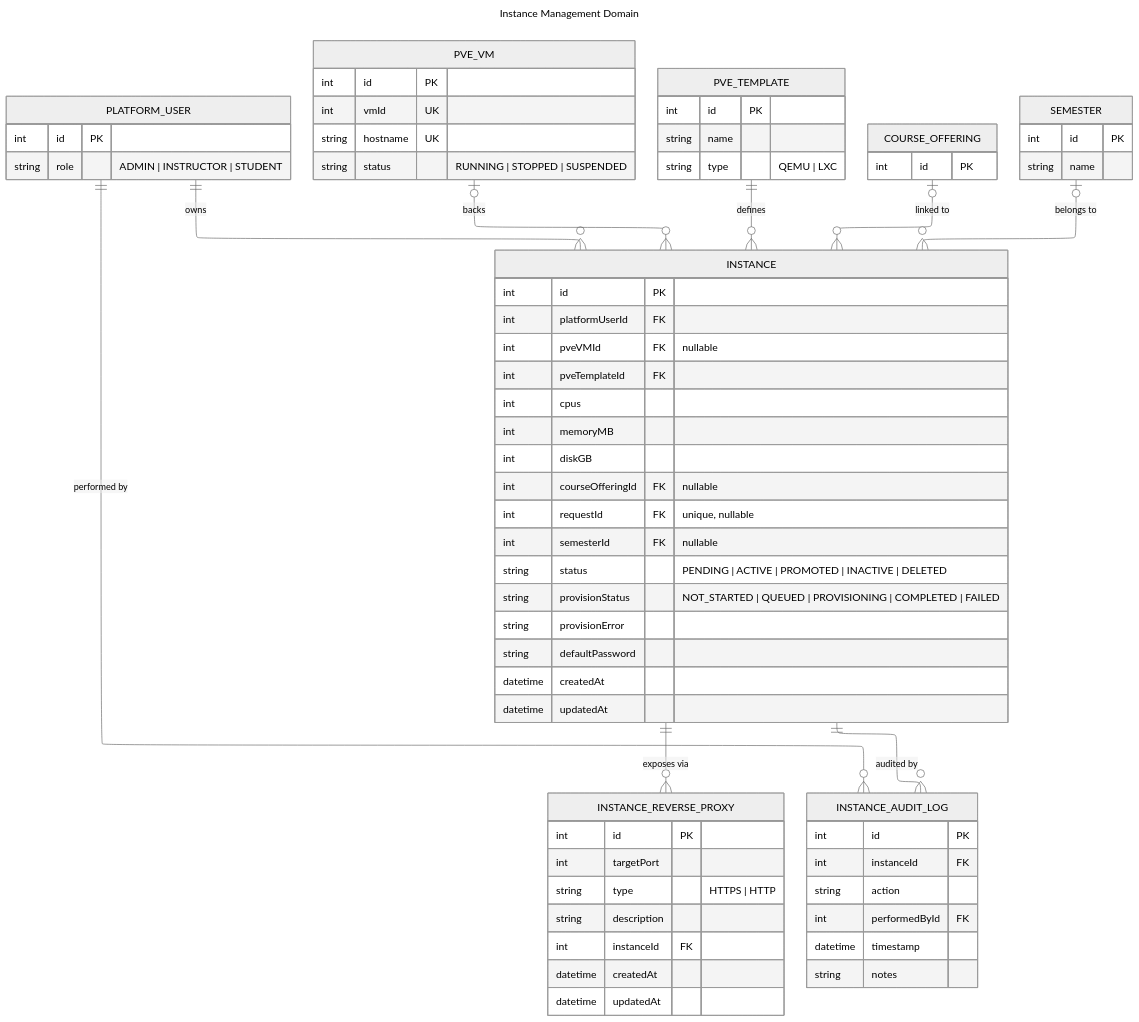
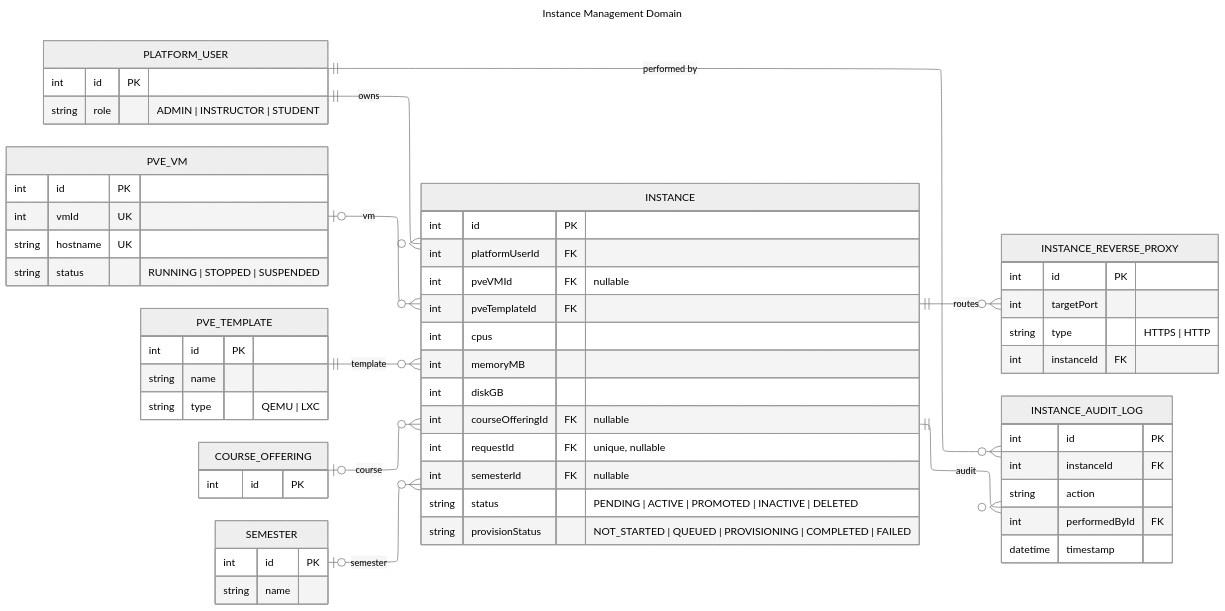
One commit to akikungz/yuuka changed the diagram in docs/database/db-instance.mmd. Above: the diagram before and after it, drawn with Mermaid. The commit also changed 29 other files, not shown here.

```diff
--- a/docs/database/db-instance.mmd
+++ b/docs/database/db-instance.mmd
@@ -1,81 +1,83 @@
 ---
 title: Instance Management Domain
 config:
   layout: elk
   theme: neutral
 ---
 erDiagram
+	direction LR
+  %% Print-friendly (A4): attribute lists are trimmed to keep tables compact.
+  %% For full columns (timestamps, secrets, long text fields), refer to the Prisma schema.
 
+  %% ── Actors ─────────────────────────────────────────────────────────────────
   PLATFORM_USER {
     int    id   PK
     string role "ADMIN | INSTRUCTOR | STUDENT"
   }
 
+  %% ── PVE Infrastructure ─────────────────────────────────────────────────────
   PVE_VM {
     int    id       PK
     int    vmId     UK
     string hostname UK
     string status   "RUNNING | STOPPED | SUSPENDED"
   }
 
   PVE_TEMPLATE {
     int    id   PK
     string name
     string type "QEMU | LXC"
   }
 
+  %% ── Academic Linkage ───────────────────────────────────────────────────────
   COURSE_OFFERING {
     int id PK
   }
 
   SEMESTER {
     int    id   PK
     string name
   }
 
+  %% ── Instance Core ──────────────────────────────────────────────────────────
   INSTANCE {
     int      id               PK
     int      platformUserId   FK
     int      pveVMId          FK "nullable"
     int      pveTemplateId    FK
     int      cpus
     int      memoryMB
     int      diskGB
     int      courseOfferingId FK "nullable"
     int      requestId        FK "unique, nullable"
     int      semesterId       FK "nullable"
     string   status           "PENDING | ACTIVE | PROMOTED | INACTIVE | DELETED"
     string   provisionStatus  "NOT_STARTED | QUEUED | PROVISIONING | COMPLETED | FAILED"
-    string   provisionError
-    string   defaultPassword
-    datetime createdAt
-    datetime updatedAt
   }
 
+  %% ── Networking ─────────────────────────────────────────────────────────────
   INSTANCE_REVERSE_PROXY {
     int      id          PK
     int      targetPort
     string   type        "HTTPS | HTTP"
-    string   description
     int      instanceId  FK
-    datetime createdAt
-    datetime updatedAt
   }
 
+  %% ── Audit ──────────────────────────────────────────────────────────────────
   INSTANCE_AUDIT_LOG {
     int      id            PK
     int      instanceId    FK
     string   action
     int      performedById FK
     datetime timestamp
-    string   notes
   }
 
-  PLATFORM_USER   ||--o{ INSTANCE               : "owns"
-  PVE_TEMPLATE    ||--o{ INSTANCE               : "defines"
-  PVE_VM          |o--o{ INSTANCE               : "backs"
-  COURSE_OFFERING |o--o{ INSTANCE               : "linked to"
-  SEMESTER        |o--o{ INSTANCE               : "belongs to"
-  INSTANCE        ||--o{ INSTANCE_REVERSE_PROXY  : "exposes via"
-  INSTANCE        ||--o{ INSTANCE_AUDIT_LOG      : "audited by"
-  PLATFORM_USER   ||--o{ INSTANCE_AUDIT_LOG      : "performed by"
+  %% ── Relationships ──────────────────────────────────────────────────────────
+  PLATFORM_USER   ||--o{ INSTANCE              : "owns"
+  PVE_TEMPLATE    ||--o{ INSTANCE              : "template"
+  PVE_VM          |o--o{ INSTANCE              : "vm"
+  COURSE_OFFERING |o--o{ INSTANCE              : "course"
+  SEMESTER        |o--o{ INSTANCE              : "semester"
+  INSTANCE        ||--o{ INSTANCE_REVERSE_PROXY : "routes"
+  INSTANCE        ||--o{ INSTANCE_AUDIT_LOG     : "audit"
+  PLATFORM_USER   ||--o{ INSTANCE_AUDIT_LOG     : "performed by"
```
